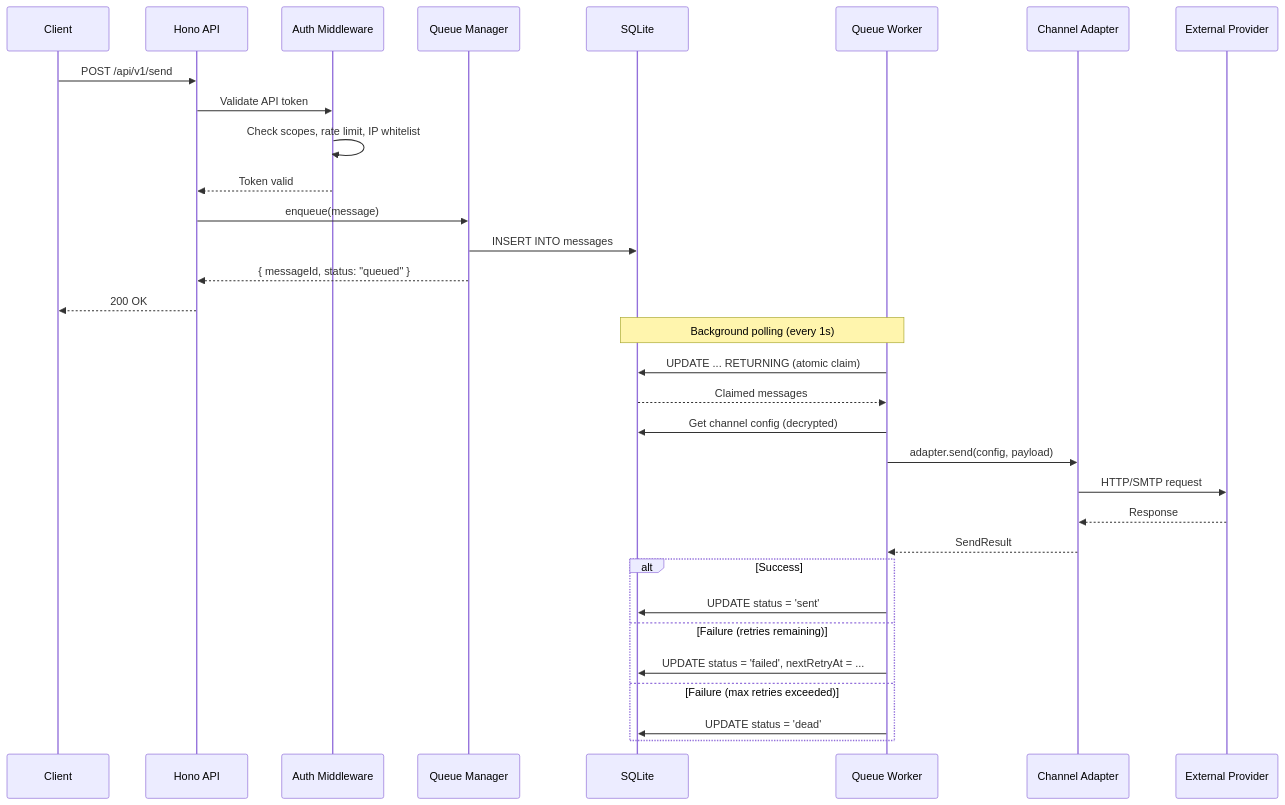
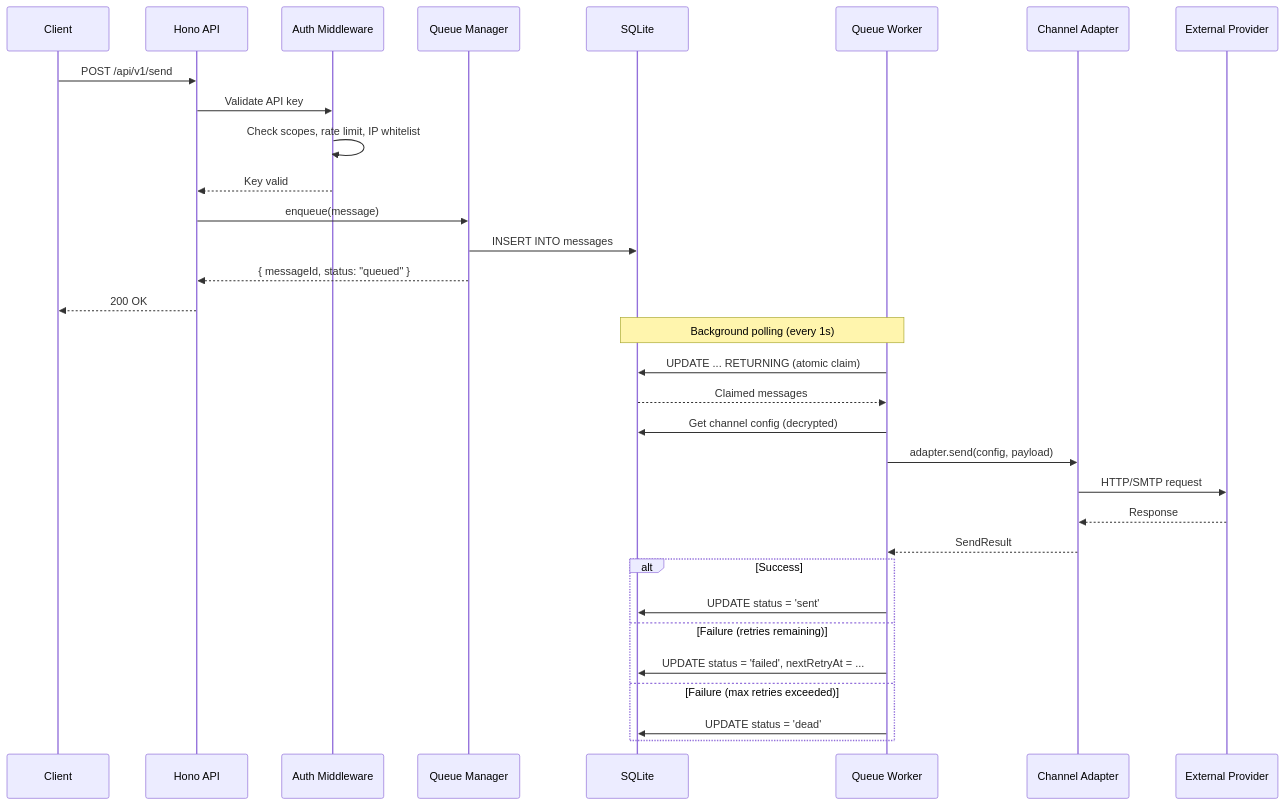
The second of 4 diagrams in docs/i18n/zh-Hans/docusaurus-plugin-content-docs/current/architecture.md (XUranus/notify-hub), drawn with Mermaid before and after one commit. The commit also changed other lines of this file and 51 other files, not shown here.

````diff
--- a/docs/i18n/zh-Hans/docusaurus-plugin-content-docs/current/architecture.md
+++ b/docs/i18n/zh-Hans/docusaurus-plugin-content-docs/current/architecture.md
@@ -57,37 +57,37 @@
 ```mermaid
 sequenceDiagram
     participant Client
     participant API as Hono API
     participant Auth as Auth Middleware
     participant Queue as Queue Manager
     participant DB as SQLite
     participant Worker as Queue Worker
     participant Adapter as Channel Adapter
     participant Provider as External Provider
 
     Client->>API: POST /api/v1/send
-    API->>Auth: Validate API token
+    API->>Auth: Validate API key
     Auth->>Auth: Check scopes, rate limit, IP whitelist
-    Auth-->>API: Token valid
+    Auth-->>API: Key valid
     API->>Queue: enqueue(message)
     Queue->>DB: INSERT INTO messages
     Queue-->>API: { messageId, status: "queued" }
     API-->>Client: 200 OK
 
     Note over Worker,DB: Background polling (every 1s)
     Worker->>DB: UPDATE ... RETURNING (atomic claim)
     DB-->>Worker: Claimed messages
     Worker->>DB: Get channel config (decrypted)
     Worker->>Adapter: adapter.send(config, payload)
     Adapter->>Provider: HTTP/SMTP request
     Provider-->>Adapter: Response
     Adapter-->>Worker: SendResult
 
     alt Success
         Worker->>DB: UPDATE status = 'sent'
     else Failure (retries remaining)
         Worker->>DB: UPDATE status = 'failed', nextRetryAt = ...
     else Failure (max retries exceeded)
         Worker->>DB: UPDATE status = 'dead'
     end
 ```
````
